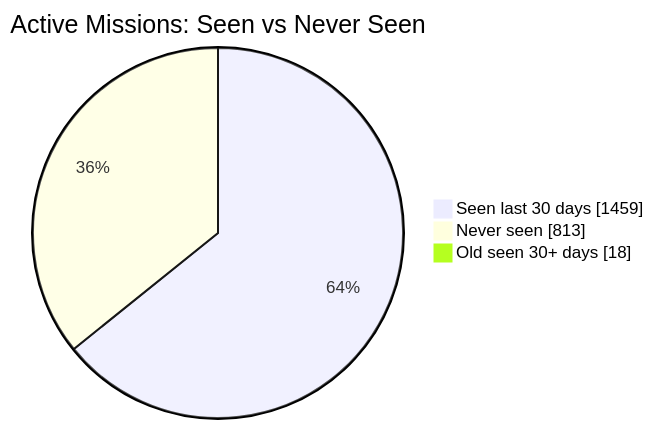
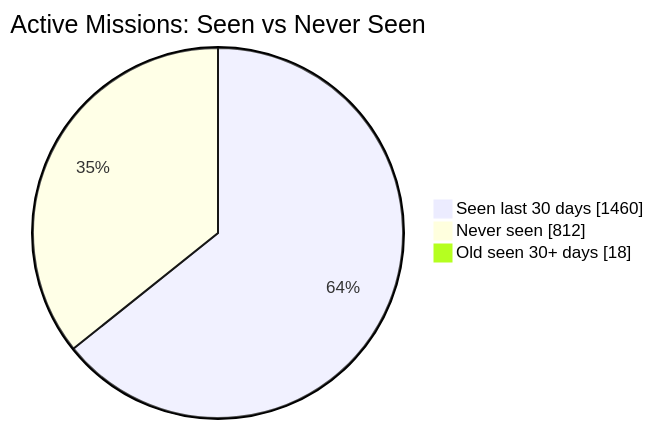
The first of 2 diagrams in README.md (MeldkamerspelGameTeam/active-missions), drawn with Mermaid before and after one commit. The commit also changed other lines of this file and 2 other files, not shown here.

````diff
--- a/README.md
+++ b/README.md
@@ -34,7 +34,7 @@
 ```mermaid
 pie showData
     title Active Missions: Seen vs Never Seen
-    "Seen last 30 days" : 1459
-    "Never seen" : 813
+    "Seen last 30 days" : 1460
+    "Never seen" : 812
     "Old seen 30+ days" : 18
 ```
````
